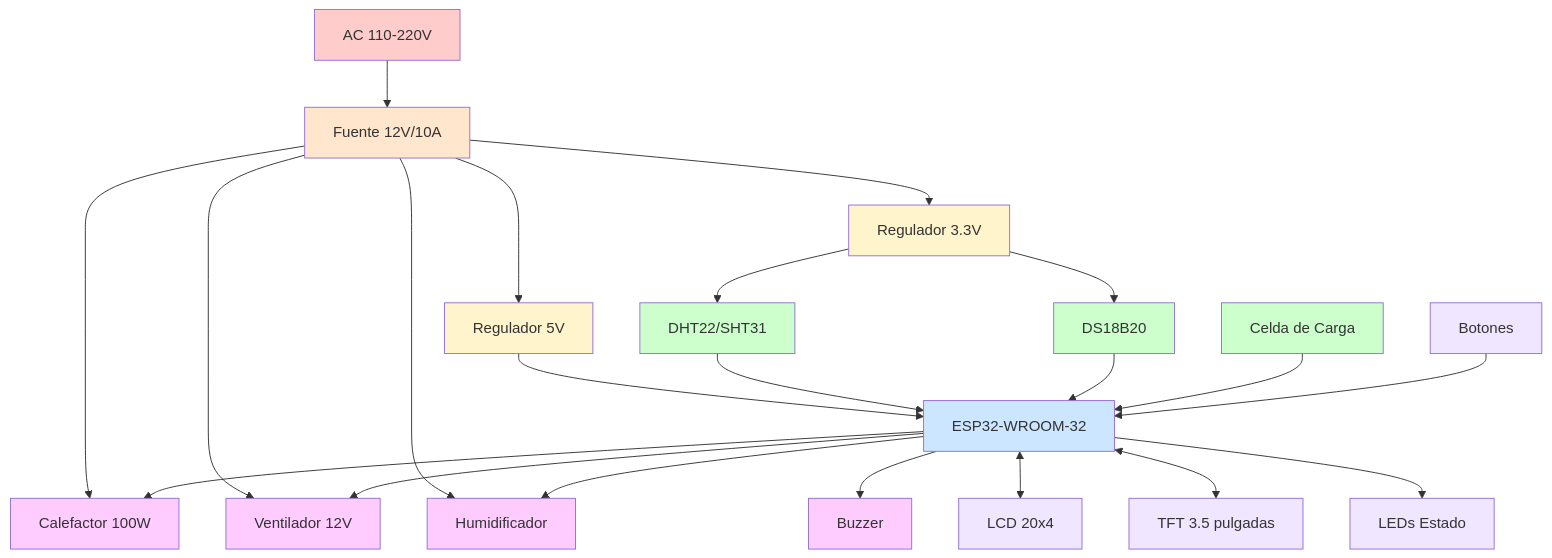
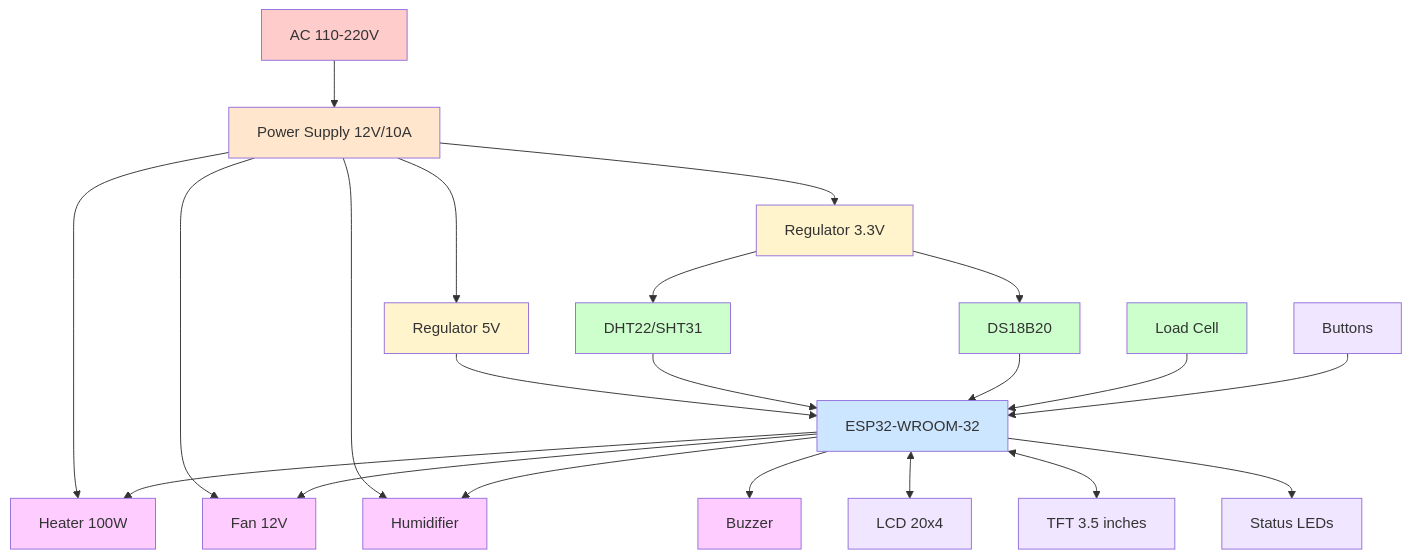
Before and after one commit to medicalopenworld/IncuNest-Docs: the diagram in docs/i18n/en/docusaurus-plugin-content-docs/version-14.12/hardware/overview.md, drawn with Mermaid. The commit also changed 2 other files, not shown here.

Commit message:
Translate hardware diagram labels to native languages (en, pt, fr)

````diff
--- a/docs/i18n/en/docusaurus-plugin-content-docs/version-14.12/hardware/overview.md
+++ b/docs/i18n/en/docusaurus-plugin-content-docs/version-14.12/hardware/overview.md
@@ -22,45 +22,45 @@
 ```mermaid
 graph TB
-    AC[AC 110-220V] --> PSU[Fuente 12V/10A]
-    PSU --> VREG5[Regulador 5V]
-    PSU --> VREG3[Regulador 3.3V]
+    AC[AC 110-220V] --> PSU[Power Supply 12V/10A]
+    PSU --> VREG5[Regulator 5V]
+    PSU --> VREG3[Regulator 3.3V]
     
     VREG5 --> ESP32[ESP32-WROOM-32]
     VREG3 --> TEMP1
     VREG3 --> TEMP2
     
-    PSU --> HEATER[Calefactor 100W]
-    PSU --> FAN[Ventilador 12V]
-    PSU --> HUMID[Humidificador]
+    PSU --> HEATER[Heater 100W]
+    PSU --> FAN[Fan 12V]
+    PSU --> HUMID[Humidifier]
     
     TEMP1[DHT22/SHT31] --> ESP32
     TEMP2[DS18B20] --> ESP32
-    WEIGHT[Celda de Carga] --> ESP32
+    WEIGHT[Load Cell] --> ESP32
     
     ESP32 --> HEATER
     ESP32 --> FAN
     ESP32 --> HUMID
     ESP32 --> BUZ[Buzzer]
     
     ESP32 <--> LCD[LCD 20x4]
-    ESP32 <--> TFT[TFT 3.5 pulgadas]
-    ESP32 --> LED[LEDs Estado]
-    BTN[Botones] --> ESP32
+    ESP32 <--> TFT[TFT 3.5 inches]
+    ESP32 --> LED[Status LEDs]
+    BTN[Buttons] --> ESP32
     
     style AC fill:#ffcccc
     style PSU fill:#ffe6cc
     style VREG5 fill:#fff4cc
     style VREG3 fill:#fff4cc
     style ESP32 fill:#cce6ff
     style HEATER fill:#ffccff
     style FAN fill:#ffccff
     style HUMID fill:#ffccff
     style BUZ fill:#ffccff
     style TEMP1 fill:#ccffcc
     style TEMP2 fill:#ccffcc
     style WEIGHT fill:#ccffcc
     style LCD fill:#f0e6ff
     style TFT fill:#f0e6ff
     style LED fill:#f0e6ff
     style BTN fill:#f0e6ff
 ```
````
